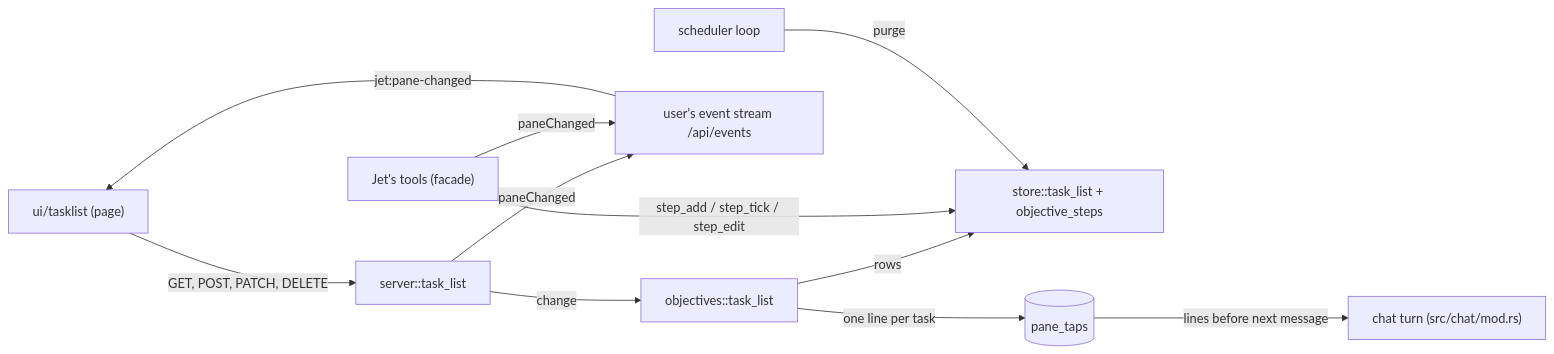
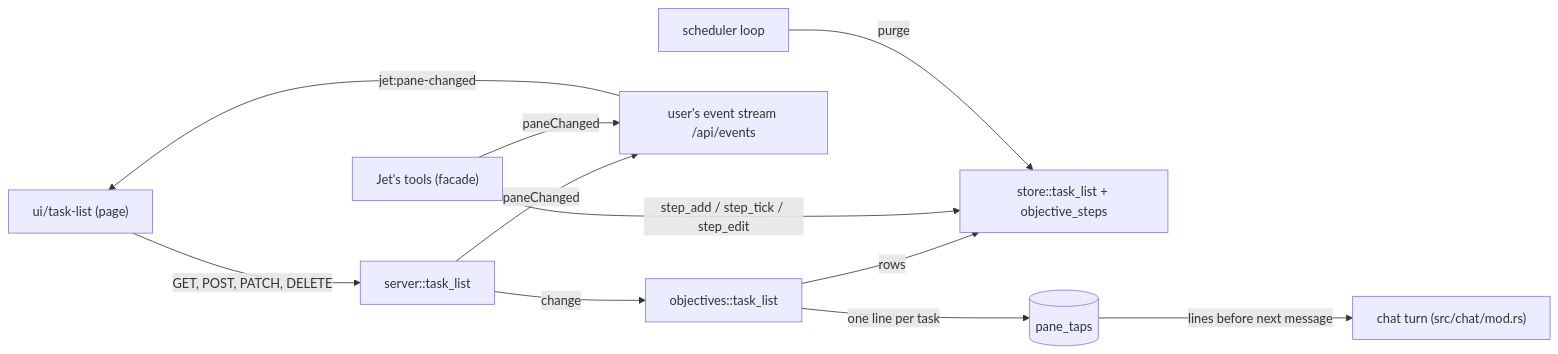
One commit to coderaidershaun/jet changed the first of 2 diagrams in docs/task-list-design.md. Above: the diagram before and after it, drawn with Mermaid. The commit also changed other lines of this file and 143 other files, not shown here.

````diff
--- a/docs/task-list-design.md
+++ b/docs/task-list-design.md
@@ -358,14 +358,14 @@
 ```mermaid
 flowchart LR
-    page["ui/tasklist (page)"] -->|"GET, POST, PATCH, DELETE"| routes["server::task_list"]
+    page["ui/task-list (page)"] -->|"GET, POST, PATCH, DELETE"| routes["server::task_list"]
     routes -->|"change"| rules["objectives::task_list"]
     rules -->|"rows"| store["store::task_list + objective_steps"]
     rules -->|"one line per task"| taps[("pane_taps")]
     routes -->|"paneChanged"| feed["user's event stream /api/events"]
     jet["Jet's tools (facade)"] -->|"step_add / step_tick / step_edit"| store
     jet -->|"paneChanged"| feed
     sched["scheduler loop"] -->|"purge"| store
     feed -->|"jet:pane-changed"| page
     taps -->|"lines before next message"| turn["chat turn (src/chat/mod.rs)"]
     %% Page to server and stream to page cross the network. The chat turn runs a provider process.
 ```
````
